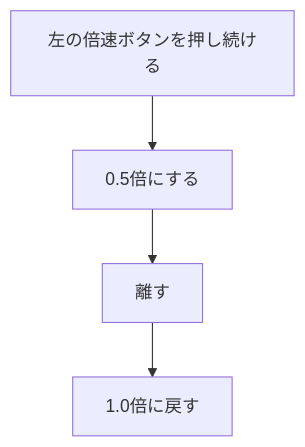
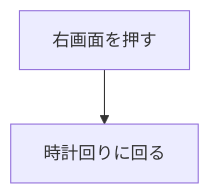
Before and after one commit to pfgnsb/hand-spinner: the ninth of 9 diagrams in spinner/ドキュメント/ユースケース.md, drawn with Mermaid. The commit also changed other lines of this file and 10 other files, not shown here.

````diff
--- a/spinner/ドキュメント/ユースケース.md
+++ b/spinner/ドキュメント/ユースケース.md
@@ -162,6 +183,4 @@
 ```mermaid
 flowchart TD
-  a[左の倍速ボタンを押し続ける] --> b[0.5倍にする]
-  b --> c[離す]
-  c --> d[1.0倍に戻す]
+  a[右画面を押す] --> b[時計回りに回る]
 ```
````
